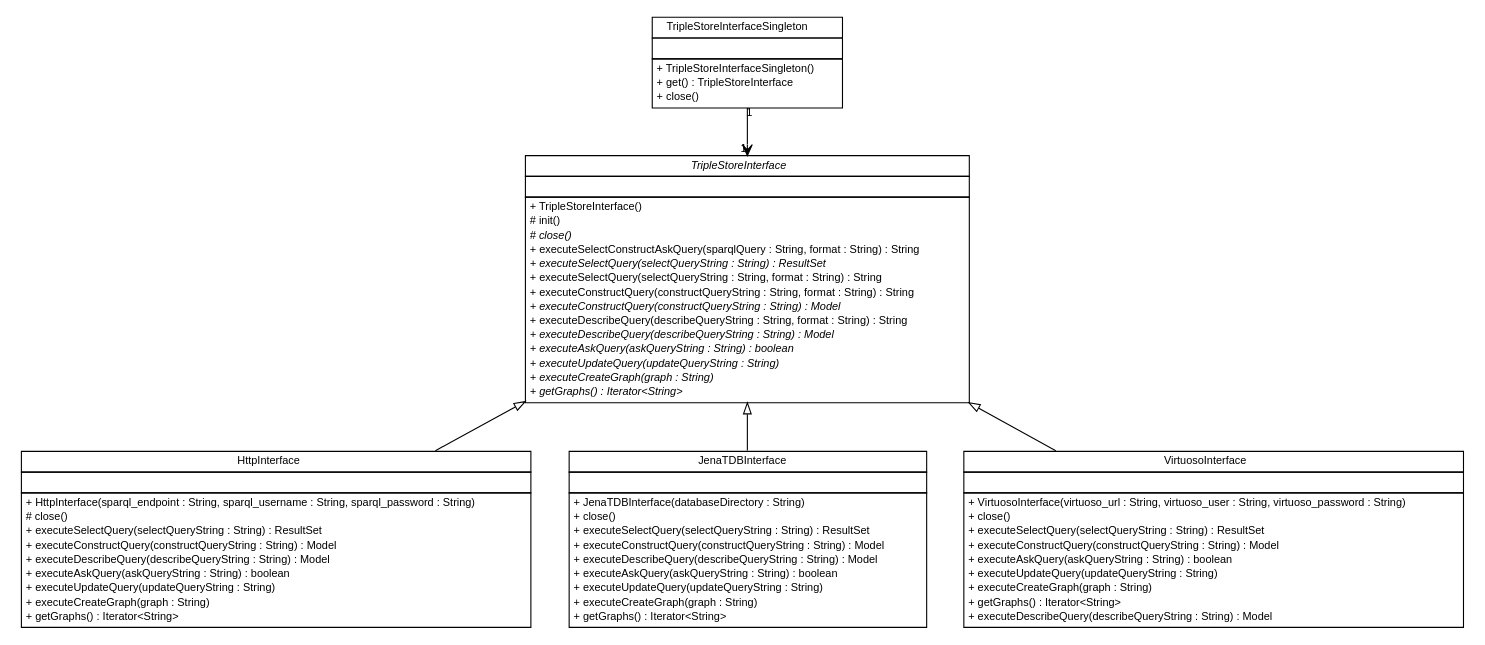
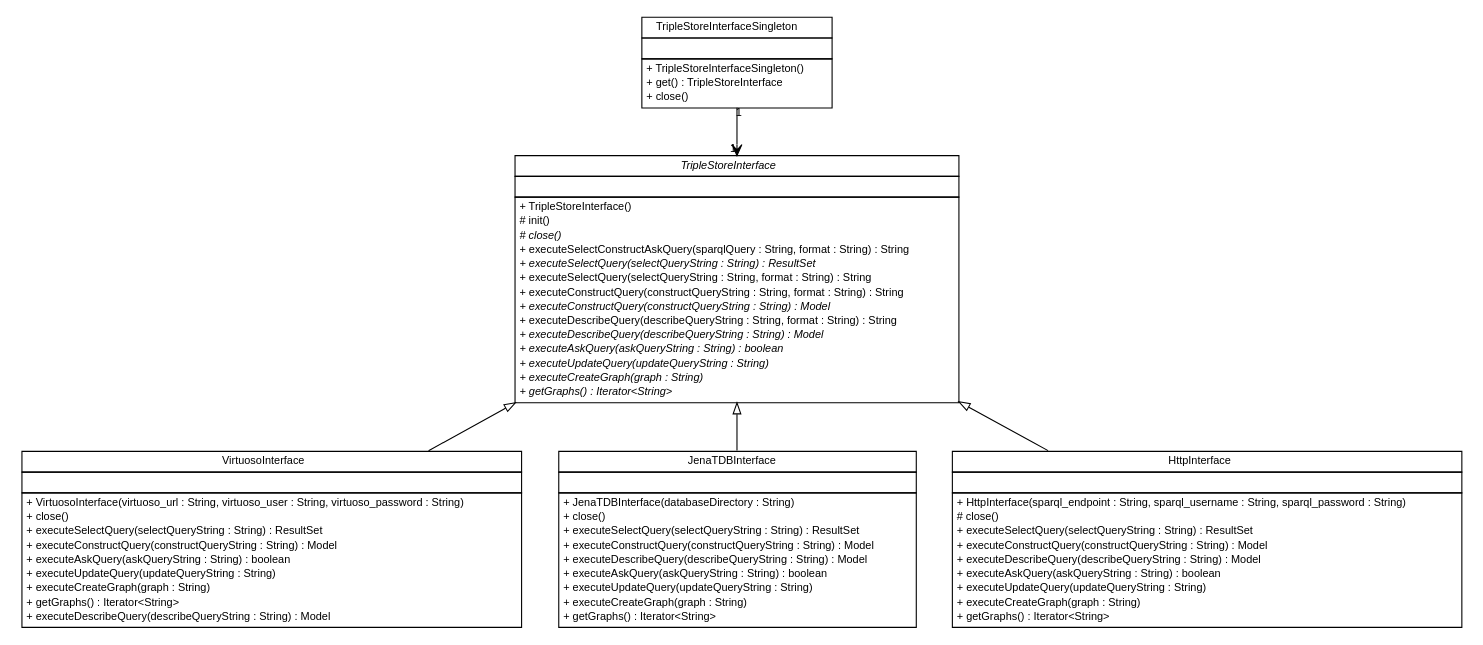
The diagram in site/apidocs/de/tud/plt/r43ples/triplestoreInterface/de.tud.plt.r43ples.triplestoreInterface.dot (adrianorzyszek/r43ples), drawn with Graphviz before and after one commit. The commit also changed 664 other files, not shown here.

```diff
--- a/site/apidocs/de/tud/plt/r43ples/triplestoreInterface/de.tud.plt.r43ples.triplestoreInterface.dot
+++ b/site/apidocs/de/tud/plt/r43ples/triplestoreInterface/de.tud.plt.r43ples.triplestoreInterface.dot
@@ -1,119 +1,119 @@
 #!/usr/local/bin/dot
 #
 # Class diagram 
 # Generated by UMLGraph version R5_6-24-gf6e263 (http://www.umlgraph.org/)
 #
 
 digraph G {
 	edge [fontname="Helvetica",fontsize=10,labelfontname="Helvetica",labelfontsize=10];
 	node [fontname="Helvetica",fontsize=10,shape=plaintext];
 	nodesep=0.25;
 	ranksep=0.5;
-	// de.tud.plt.r43ples.triplestoreInterface.HttpInterface
-	c153 [label=<<table title="de.tud.plt.r43ples.triplestoreInterface.HttpInterface" border="0" cellborder="1" cellspacing="0" cellpadding="2" port="p" href="./HttpInterface.html">
+	// de.tud.plt.r43ples.triplestoreInterface.VirtuosoInterface
+	c261 [label=<<table title="de.tud.plt.r43ples.triplestoreInterface.VirtuosoInterface" border="0" cellborder="1" cellspacing="0" cellpadding="2" port="p" href="./VirtuosoInterface.html">
 		<tr><td><table border="0" cellspacing="0" cellpadding="1">
-<tr><td align="center" balign="center"> HttpInterface </td></tr>
+<tr><td align="center" balign="center"> VirtuosoInterface </td></tr>
 		</table></td></tr>
 		<tr><td><table border="0" cellspacing="0" cellpadding="1">
 <tr><td align="left" balign="left">  </td></tr>
 		</table></td></tr>
 		<tr><td><table border="0" cellspacing="0" cellpadding="1">
-<tr><td align="left" balign="left"> + HttpInterface(sparql_endpoint : String, sparql_username : String, sparql_password : String) </td></tr>
-<tr><td align="left" balign="left"> # close() </td></tr>
+<tr><td align="left" balign="left"> + VirtuosoInterface(virtuoso_url : String, virtuoso_user : String, virtuoso_password : String) </td></tr>
+<tr><td align="left" balign="left"> + close() </td></tr>
 <tr><td align="left" balign="left"> + executeSelectQuery(selectQueryString : String) : ResultSet </td></tr>
 <tr><td align="left" balign="left"> + executeConstructQuery(constructQueryString : String) : Model </td></tr>
-<tr><td align="left" balign="left"> + executeDescribeQuery(describeQueryString : String) : Model </td></tr>
 <tr><td align="left" balign="left"> + executeAskQuery(askQueryString : String) : boolean </td></tr>
 <tr><td align="left" balign="left"> + executeUpdateQuery(updateQueryString : String) </td></tr>
 <tr><td align="left" balign="left"> + executeCreateGraph(graph : String) </td></tr>
 <tr><td align="left" balign="left"> + getGraphs() : Iterator&lt;String&gt; </td></tr>
+<tr><td align="left" balign="left"> + executeDescribeQuery(describeQueryString : String) : Model </td></tr>
 		</table></td></tr>
-		</table>>, URL="./HttpInterface.html", fontname="Helvetica", fontcolor="black", fontsize=10.0];
-	// de.tud.plt.r43ples.triplestoreInterface.JenaTDBInterface
-	c154 [label=<<table title="de.tud.plt.r43ples.triplestoreInterface.JenaTDBInterface" border="0" cellborder="1" cellspacing="0" cellpadding="2" port="p" href="./JenaTDBInterface.html">
+		</table>>, URL="./VirtuosoInterface.html", fontname="Helvetica", fontcolor="black", fontsize=10.0];
+	// de.tud.plt.r43ples.triplestoreInterface.TripleStoreInterfaceSingleton
+	c262 [label=<<table title="de.tud.plt.r43ples.triplestoreInterface.TripleStoreInterfaceSingleton" border="0" cellborder="1" cellspacing="0" cellpadding="2" port="p" href="./TripleStoreInterfaceSingleton.html">
 		<tr><td><table border="0" cellspacing="0" cellpadding="1">
-<tr><td align="center" balign="center"> JenaTDBInterface </td></tr>
+<tr><td align="center" balign="center"> TripleStoreInterfaceSingleton </td></tr>
 		</table></td></tr>
 		<tr><td><table border="0" cellspacing="0" cellpadding="1">
 <tr><td align="left" balign="left">  </td></tr>
 		</table></td></tr>
 		<tr><td><table border="0" cellspacing="0" cellpadding="1">
-<tr><td align="left" balign="left"> + JenaTDBInterface(databaseDirectory : String) </td></tr>
+<tr><td align="left" balign="left"> + TripleStoreInterfaceSingleton() </td></tr>
+<tr><td align="left" balign="left"> + get() : TripleStoreInterface </td></tr>
 <tr><td align="left" balign="left"> + close() </td></tr>
-<tr><td align="left" balign="left"> + executeSelectQuery(selectQueryString : String) : ResultSet </td></tr>
-<tr><td align="left" balign="left"> + executeConstructQuery(constructQueryString : String) : Model </td></tr>
-<tr><td align="left" balign="left"> + executeDescribeQuery(describeQueryString : String) : Model </td></tr>
-<tr><td align="left" balign="left"> + executeAskQuery(askQueryString : String) : boolean </td></tr>
-<tr><td align="left" balign="left"> + executeUpdateQuery(updateQueryString : String) </td></tr>
-<tr><td align="left" balign="left"> + executeCreateGraph(graph : String) </td></tr>
-<tr><td align="left" balign="left"> + getGraphs() : Iterator&lt;String&gt; </td></tr>
 		</table></td></tr>
-		</table>>, URL="./JenaTDBInterface.html", fontname="Helvetica", fontcolor="black", fontsize=10.0];
+		</table>>, URL="./TripleStoreInterfaceSingleton.html", fontname="Helvetica", fontcolor="black", fontsize=10.0];
 	// de.tud.plt.r43ples.triplestoreInterface.TripleStoreInterface
-	c155 [label=<<table title="de.tud.plt.r43ples.triplestoreInterface.TripleStoreInterface" border="0" cellborder="1" cellspacing="0" cellpadding="2" port="p" href="./TripleStoreInterface.html">
+	c263 [label=<<table title="de.tud.plt.r43ples.triplestoreInterface.TripleStoreInterface" border="0" cellborder="1" cellspacing="0" cellpadding="2" port="p" href="./TripleStoreInterface.html">
 		<tr><td><table border="0" cellspacing="0" cellpadding="1">
 <tr><td align="center" balign="center"><font face="Helvetica-Oblique"> TripleStoreInterface </font></td></tr>
 		</table></td></tr>
 		<tr><td><table border="0" cellspacing="0" cellpadding="1">
 <tr><td align="left" balign="left">  </td></tr>
 		</table></td></tr>
 		<tr><td><table border="0" cellspacing="0" cellpadding="1">
 <tr><td align="left" balign="left"> + TripleStoreInterface() </td></tr>
 <tr><td align="left" balign="left"> # init() </td></tr>
 <tr><td align="left" balign="left"><font face="Helvetica-Oblique" point-size="10.0"> # close() </font></td></tr>
 <tr><td align="left" balign="left"> + executeSelectConstructAskQuery(sparqlQuery : String, format : String) : String </td></tr>
 <tr><td align="left" balign="left"><font face="Helvetica-Oblique" point-size="10.0"> + executeSelectQuery(selectQueryString : String) : ResultSet </font></td></tr>
 <tr><td align="left" balign="left"> + executeSelectQuery(selectQueryString : String, format : String) : String </td></tr>
 <tr><td align="left" balign="left"> + executeConstructQuery(constructQueryString : String, format : String) : String </td></tr>
 <tr><td align="left" balign="left"><font face="Helvetica-Oblique" point-size="10.0"> + executeConstructQuery(constructQueryString : String) : Model </font></td></tr>
 <tr><td align="left" balign="left"> + executeDescribeQuery(describeQueryString : String, format : String) : String </td></tr>
 <tr><td align="left" balign="left"><font face="Helvetica-Oblique" point-size="10.0"> + executeDescribeQuery(describeQueryString : String) : Model </font></td></tr>
 <tr><td align="left" balign="left"><font face="Helvetica-Oblique" point-size="10.0"> + executeAskQuery(askQueryString : String) : boolean </font></td></tr>
 <tr><td align="left" balign="left"><font face="Helvetica-Oblique" point-size="10.0"> + executeUpdateQuery(updateQueryString : String) </font></td></tr>
 <tr><td align="left" balign="left"><font face="Helvetica-Oblique" point-size="10.0"> + executeCreateGraph(graph : String) </font></td></tr>
 <tr><td align="left" balign="left"><font face="Helvetica-Oblique" point-size="10.0"> + getGraphs() : Iterator&lt;String&gt; </font></td></tr>
 		</table></td></tr>
 		</table>>, URL="./TripleStoreInterface.html", fontname="Helvetica", fontcolor="black", fontsize=10.0];
-	// de.tud.plt.r43ples.triplestoreInterface.TripleStoreInterfaceSingleton
-	c156 [label=<<table title="de.tud.plt.r43ples.triplestoreInterface.TripleStoreInterfaceSingleton" border="0" cellborder="1" cellspacing="0" cellpadding="2" port="p" href="./TripleStoreInterfaceSingleton.html">
+	// de.tud.plt.r43ples.triplestoreInterface.JenaTDBInterface
+	c264 [label=<<table title="de.tud.plt.r43ples.triplestoreInterface.JenaTDBInterface" border="0" cellborder="1" cellspacing="0" cellpadding="2" port="p" href="./JenaTDBInterface.html">
 		<tr><td><table border="0" cellspacing="0" cellpadding="1">
-<tr><td align="center" balign="center"> TripleStoreInterfaceSingleton </td></tr>
+<tr><td align="center" balign="center"> JenaTDBInterface </td></tr>
 		</table></td></tr>
 		<tr><td><table border="0" cellspacing="0" cellpadding="1">
 <tr><td align="left" balign="left">  </td></tr>
 		</table></td></tr>
 		<tr><td><table border="0" cellspacing="0" cellpadding="1">
-<tr><td align="left" balign="left"> + TripleStoreInterfaceSingleton() </td></tr>
-<tr><td align="left" balign="left"> + get() : TripleStoreInterface </td></tr>
+<tr><td align="left" balign="left"> + JenaTDBInterface(databaseDirectory : String) </td></tr>
 <tr><td align="left" balign="left"> + close() </td></tr>
+<tr><td align="left" balign="left"> + executeSelectQuery(selectQueryString : String) : ResultSet </td></tr>
+<tr><td align="left" balign="left"> + executeConstructQuery(constructQueryString : String) : Model </td></tr>
+<tr><td align="left" balign="left"> + executeDescribeQuery(describeQueryString : String) : Model </td></tr>
+<tr><td align="left" balign="left"> + executeAskQuery(askQueryString : String) : boolean </td></tr>
+<tr><td align="left" balign="left"> + executeUpdateQuery(updateQueryString : String) </td></tr>
+<tr><td align="left" balign="left"> + executeCreateGraph(graph : String) </td></tr>
+<tr><td align="left" balign="left"> + getGraphs() : Iterator&lt;String&gt; </td></tr>
 		</table></td></tr>
-		</table>>, URL="./TripleStoreInterfaceSingleton.html", fontname="Helvetica", fontcolor="black", fontsize=10.0];
-	// de.tud.plt.r43ples.triplestoreInterface.VirtuosoInterface
-	c157 [label=<<table title="de.tud.plt.r43ples.triplestoreInterface.VirtuosoInterface" border="0" cellborder="1" cellspacing="0" cellpadding="2" port="p" href="./VirtuosoInterface.html">
+		</table>>, URL="./JenaTDBInterface.html", fontname="Helvetica", fontcolor="black", fontsize=10.0];
+	// de.tud.plt.r43ples.triplestoreInterface.HttpInterface
+	c265 [label=<<table title="de.tud.plt.r43ples.triplestoreInterface.HttpInterface" border="0" cellborder="1" cellspacing="0" cellpadding="2" port="p" href="./HttpInterface.html">
 		<tr><td><table border="0" cellspacing="0" cellpadding="1">
-<tr><td align="center" balign="center"> VirtuosoInterface </td></tr>
+<tr><td align="center" balign="center"> HttpInterface </td></tr>
 		</table></td></tr>
 		<tr><td><table border="0" cellspacing="0" cellpadding="1">
 <tr><td align="left" balign="left">  </td></tr>
 		</table></td></tr>
 		<tr><td><table border="0" cellspacing="0" cellpadding="1">
-<tr><td align="left" balign="left"> + VirtuosoInterface(virtuoso_url : String, virtuoso_user : String, virtuoso_password : String) </td></tr>
-<tr><td align="left" balign="left"> + close() </td></tr>
+<tr><td align="left" balign="left"> + HttpInterface(sparql_endpoint : String, sparql_username : String, sparql_password : String) </td></tr>
+<tr><td align="left" balign="left"> # close() </td></tr>
 <tr><td align="left" balign="left"> + executeSelectQuery(selectQueryString : String) : ResultSet </td></tr>
 <tr><td align="left" balign="left"> + executeConstructQuery(constructQueryString : String) : Model </td></tr>
+<tr><td align="left" balign="left"> + executeDescribeQuery(describeQueryString : String) : Model </td></tr>
 <tr><td align="left" balign="left"> + executeAskQuery(askQueryString : String) : boolean </td></tr>
 <tr><td align="left" balign="left"> + executeUpdateQuery(updateQueryString : String) </td></tr>
 <tr><td align="left" balign="left"> + executeCreateGraph(graph : String) </td></tr>
 <tr><td align="left" balign="left"> + getGraphs() : Iterator&lt;String&gt; </td></tr>
-<tr><td align="left" balign="left"> + executeDescribeQuery(describeQueryString : String) : Model </td></tr>
 		</table></td></tr>
-		</table>>, URL="./VirtuosoInterface.html", fontname="Helvetica", fontcolor="black", fontsize=10.0];
+		</table>>, URL="./HttpInterface.html", fontname="Helvetica", fontcolor="black", fontsize=10.0];
+	//de.tud.plt.r43ples.triplestoreInterface.VirtuosoInterface extends de.tud.plt.r43ples.triplestoreInterface.TripleStoreInterface
+	c263:p -> c261:p [dir=back,arrowtail=empty];
+	// de.tud.plt.r43ples.triplestoreInterface.TripleStoreInterfaceSingleton NAVASSOC de.tud.plt.r43ples.triplestoreInterface.TripleStoreInterface
+	c262:p -> c263:p [taillabel="1", label="", headlabel="1", fontname="Helvetica", fontcolor="black", fontsize=10.0, color="black", arrowhead=open];
+	//de.tud.plt.r43ples.triplestoreInterface.JenaTDBInterface extends de.tud.plt.r43ples.triplestoreInterface.TripleStoreInterface
+	c263:p -> c264:p [dir=back,arrowtail=empty];
 	//de.tud.plt.r43ples.triplestoreInterface.HttpInterface extends de.tud.plt.r43ples.triplestoreInterface.TripleStoreInterface
-	c155:p -> c153:p [dir=back,arrowtail=empty];
-	//de.tud.plt.r43ples.triplestoreInterface.JenaTDBInterface extends de.tud.plt.r43ples.triplestoreInterface.TripleStoreInterface
-	c155:p -> c154:p [dir=back,arrowtail=empty];
-	// de.tud.plt.r43ples.triplestoreInterface.TripleStoreInterfaceSingleton NAVASSOC de.tud.plt.r43ples.triplestoreInterface.TripleStoreInterface
-	c156:p -> c155:p [taillabel="1", label="", headlabel="1", fontname="Helvetica", fontcolor="black", fontsize=10.0, color="black", arrowhead=open];
-	//de.tud.plt.r43ples.triplestoreInterface.VirtuosoInterface extends de.tud.plt.r43ples.triplestoreInterface.TripleStoreInterface
-	c155:p -> c157:p [dir=back,arrowtail=empty];
+	c263:p -> c265:p [dir=back,arrowtail=empty];
 }
```
